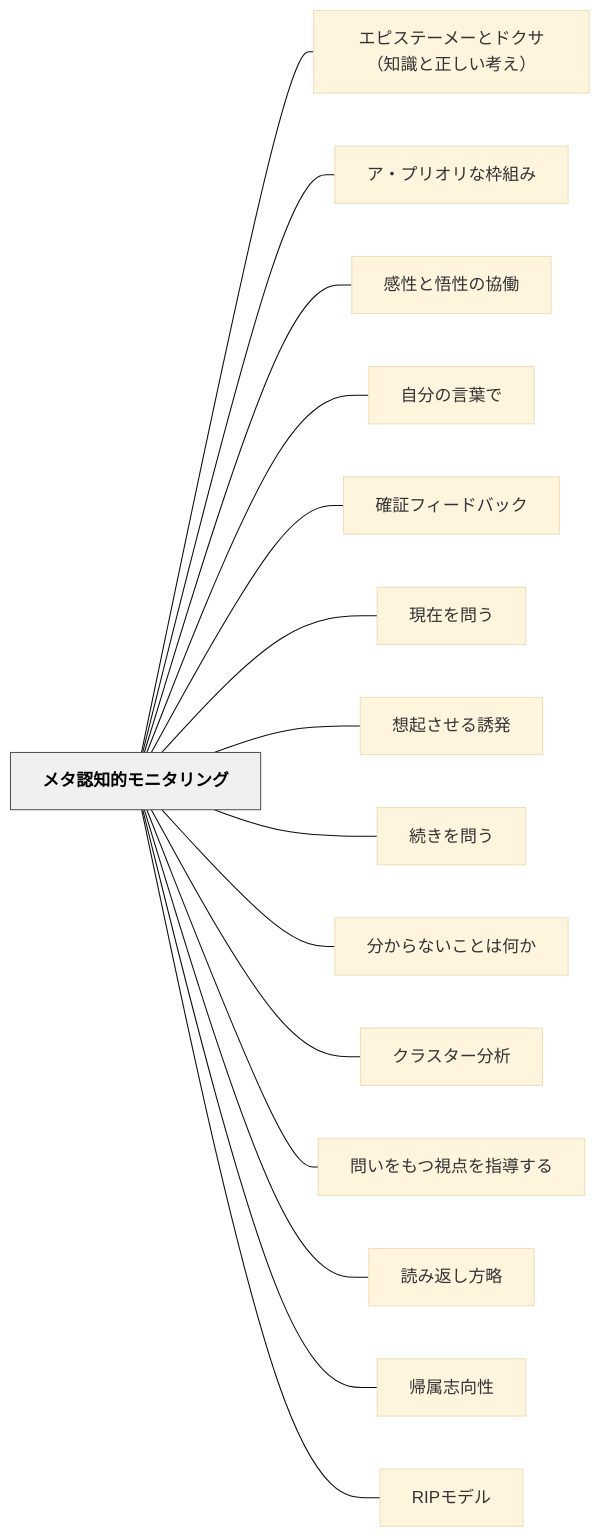
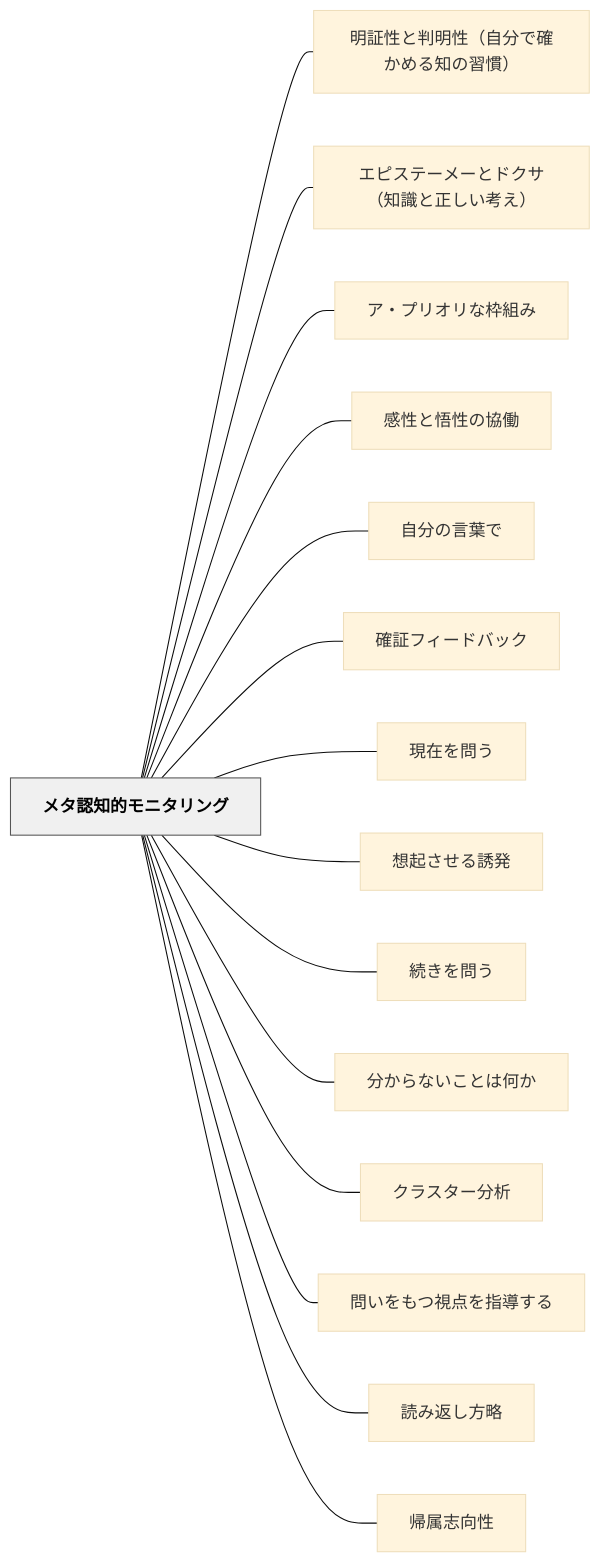
Before and after one commit to unknownthings-ed-patterns/unknownthings-ed-patterns: the diagram in content/パタン/メタ認知的モニタリング.md, drawn with Mermaid (base theme). The commit also changed other lines of this file and 185 other files, not shown here.

````diff
--- a/content/パタン/メタ認知的モニタリング.md
+++ b/content/パタン/メタ認知的モニタリング.md
@@ -141,36 +141,36 @@
 ```mermaid
 flowchart LR
     ne383a1e382bfe8aa8de79fa5e79a84e383a2e3838be382bfe383aae383b3e382b0["メタ認知的モニタリング"]
+    ne6988ee8a8bce680a7e381a8e588a4e6988ee680a7efbc88e887aae58886e381a7e7a2bae3818be38281e3828be79fa5e381aee7bf92e685a3efbc89["明証性と判明性（自分で確かめる知の習慣）"]
     ne382a8e38394e382b9e38386e383bce383a1e383bce381a8e38389e382afe382b5efbc88e79fa5e8ad98e381a8e6ada3e38197e38184e88083e38188efbc89["エピステーメーとドクサ（知識と正しい考え）"]
     ne382a2e383bbe38397e383aae382aae383aae381aae69ea0e7b584e381bf["ア・プリオリな枠組み"]
     ne6849fe680a7e381a8e6829fe680a7e381aee58d94e5838d["感性と悟性の協働"]
     ne887aae58886e381aee8a880e89189e381a7["自分の言葉で"]
     ne7a2bae8a8bce38395e382a3e383bce38389e38390e38383e382af["確証フィードバック"]
     ne78fbee59ca8e38292e5958fe38186["現在を問う"]
     ne683b3e8b5b7e38195e3819be3828be8aa98e799ba["想起させる誘発"]
     ne7b69ae3818de38292e5958fe38186["続きを問う"]
     ne58886e3818be38289e381aae38184e38193e381a8e381afe4bd95e3818b["分からないことは何か"]
     ne382afe383a9e382b9e382bfe383bce58886e69e90["クラスター分析"]
     ne5958fe38184e38292e38282e381a4e8a696e782b9e38292e68c87e5b08ee38199e3828b["問いをもつ視点を指導する"]
     ne8aaade381bfe8bf94e38197e696b9e795a5["読み返し方略"]
     ne5b8b0e5b19ee5bf97e59091e680a7["帰属志向性"]
-    n524950e383a2e38387e383ab["RIPモデル"]
 
+    ne383a1e382bfe8aa8de79fa5e79a84e383a2e3838be382bfe383aae383b3e382b0 --- ne6988ee8a8bce680a7e381a8e588a4e6988ee680a7efbc88e887aae58886e381a7e7a2bae3818be38281e3828be79fa5e381aee7bf92e685a3efbc89
     ne383a1e382bfe8aa8de79fa5e79a84e383a2e3838be382bfe383aae383b3e382b0 --- ne382a8e38394e382b9e38386e383bce383a1e383bce381a8e38389e382afe382b5efbc88e79fa5e8ad98e381a8e6ada3e38197e38184e88083e38188efbc89
     ne383a1e382bfe8aa8de79fa5e79a84e383a2e3838be382bfe383aae383b3e382b0 --- ne382a2e383bbe38397e383aae382aae383aae381aae69ea0e7b584e381bf
     ne383a1e382bfe8aa8de79fa5e79a84e383a2e3838be382bfe383aae383b3e382b0 --- ne6849fe680a7e381a8e6829fe680a7e381aee58d94e5838d
     ne383a1e382bfe8aa8de79fa5e79a84e383a2e3838be382bfe383aae383b3e382b0 --- ne887aae58886e381aee8a880e89189e381a7
     ne383a1e382bfe8aa8de79fa5e79a84e383a2e3838be382bfe383aae383b3e382b0 --- ne7a2bae8a8bce38395e382a3e383bce38389e38390e38383e382af
     ne383a1e382bfe8aa8de79fa5e79a84e383a2e3838be382bfe383aae383b3e382b0 --- ne78fbee59ca8e38292e5958fe38186
     ne383a1e382bfe8aa8de79fa5e79a84e383a2e3838be382bfe383aae383b3e382b0 --- ne683b3e8b5b7e38195e3819be3828be8aa98e799ba
     ne383a1e382bfe8aa8de79fa5e79a84e383a2e3838be382bfe383aae383b3e382b0 --- ne7b69ae3818de38292e5958fe38186
     ne383a1e382bfe8aa8de79fa5e79a84e383a2e3838be382bfe383aae383b3e382b0 --- ne58886e3818be38289e381aae38184e38193e381a8e381afe4bd95e3818b
     ne383a1e382bfe8aa8de79fa5e79a84e383a2e3838be382bfe383aae383b3e382b0 --- ne382afe383a9e382b9e382bfe383bce58886e69e90
     ne383a1e382bfe8aa8de79fa5e79a84e383a2e3838be382bfe383aae383b3e382b0 --- ne5958fe38184e38292e38282e381a4e8a696e782b9e38292e68c87e5b08ee38199e3828b
     ne383a1e382bfe8aa8de79fa5e79a84e383a2e3838be382bfe383aae383b3e382b0 --- ne8aaade381bfe8bf94e38197e696b9e795a5
     ne383a1e382bfe8aa8de79fa5e79a84e383a2e3838be382bfe383aae383b3e382b0 --- ne5b8b0e5b19ee5bf97e59091e680a7
-    ne383a1e382bfe8aa8de79fa5e79a84e383a2e3838be382bfe383aae383b3e382b0 --- n524950e383a2e38387e383ab
 
     classDef hub fill:#f0f0f0,stroke:#555,color:#000,font-weight:bold
     class ne383a1e382bfe8aa8de79fa5e79a84e383a2e3838be382bfe383aae383b3e382b0 hub
 ```
````
